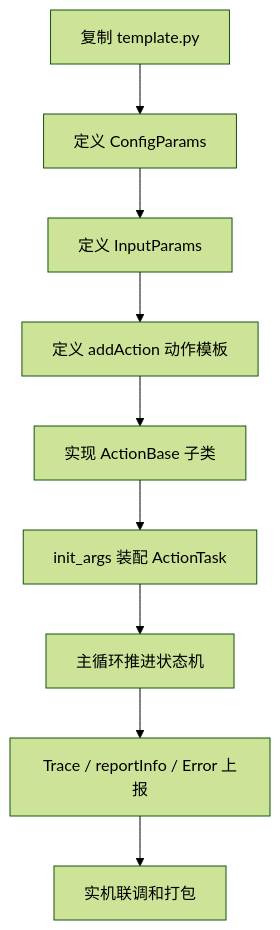
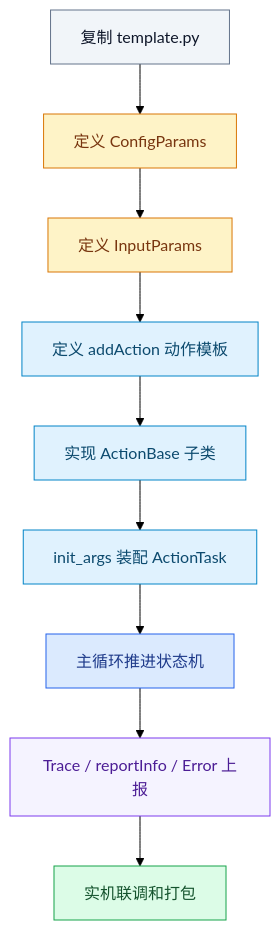
One commit to chl1123/chl1123.github.io changed the fifth of 5 diagrams in docs/guide/tutorial.md. Above: the diagram before and after it, drawn with Mermaid (forest theme). The commit also changed other lines of this file and 4 other files, not shown here.

Commit message:
feat: m-7044389795 修复 mermaid 渲染、增加配色

````diff
--- a/docs/guide/tutorial.md
+++ b/docs/guide/tutorial.md
@@ -758,11 +808,24 @@
 ```mermaid
 flowchart TD
     A["复制 template.py"] --> B["定义 ConfigParams"]
     B --> C["定义 InputParams"]
     C --> D["定义 addAction 动作模板"]
     D --> E["实现 ActionBase 子类"]
     E --> F["init_args 装配 ActionTask"]
     F --> G["主循环推进状态机"]
     G --> H["Trace / reportInfo / Error 上报"]
     H --> I["实机联调和打包"]
+
+    classDef template fill:#F1F5F9,stroke:#64748B,color:#0F172A
+    classDef params fill:#FEF3C7,stroke:#D97706,color:#78350F
+    classDef action fill:#E0F2FE,stroke:#0284C7,color:#0C4A6E
+    classDef running fill:#DBEAFE,stroke:#2563EB,color:#1E3A8A
+    classDef observe fill:#F5F3FF,stroke:#7C3AED,color:#4C1D95
+    classDef finished fill:#DCFCE7,stroke:#16A34A,color:#14532D
+    class A template
+    class B,C params
+    class D,E,F action
+    class G running
+    class H observe
+    class I finished
 ```
````
